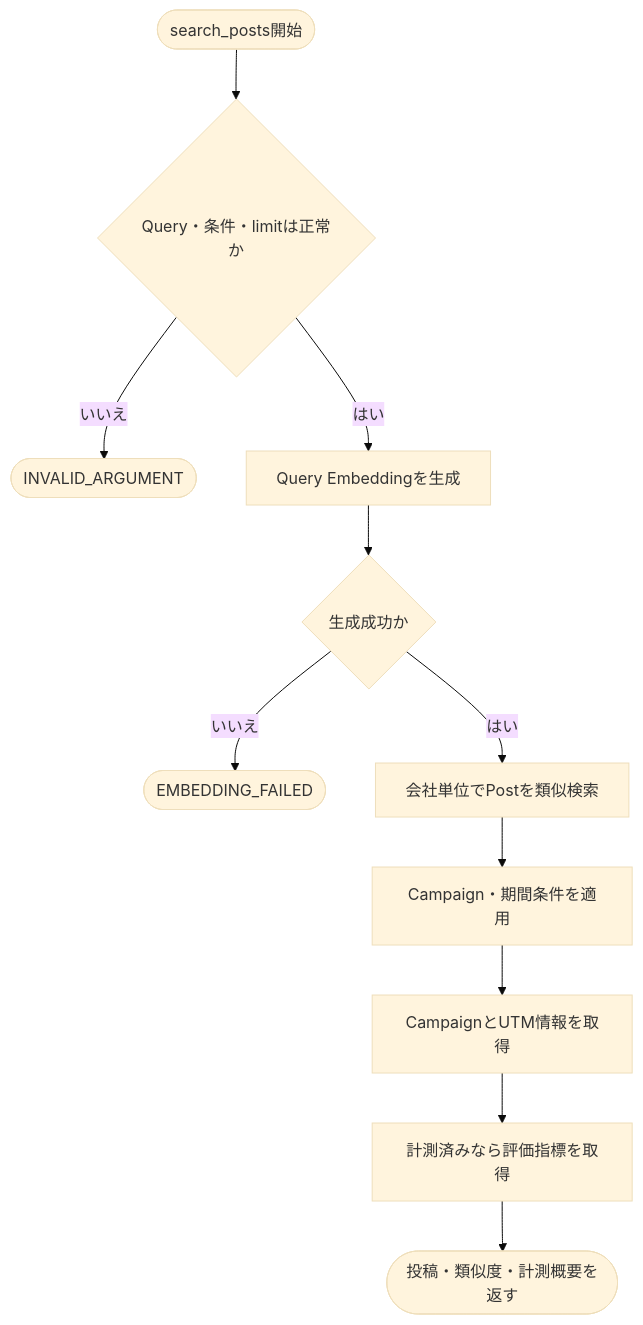
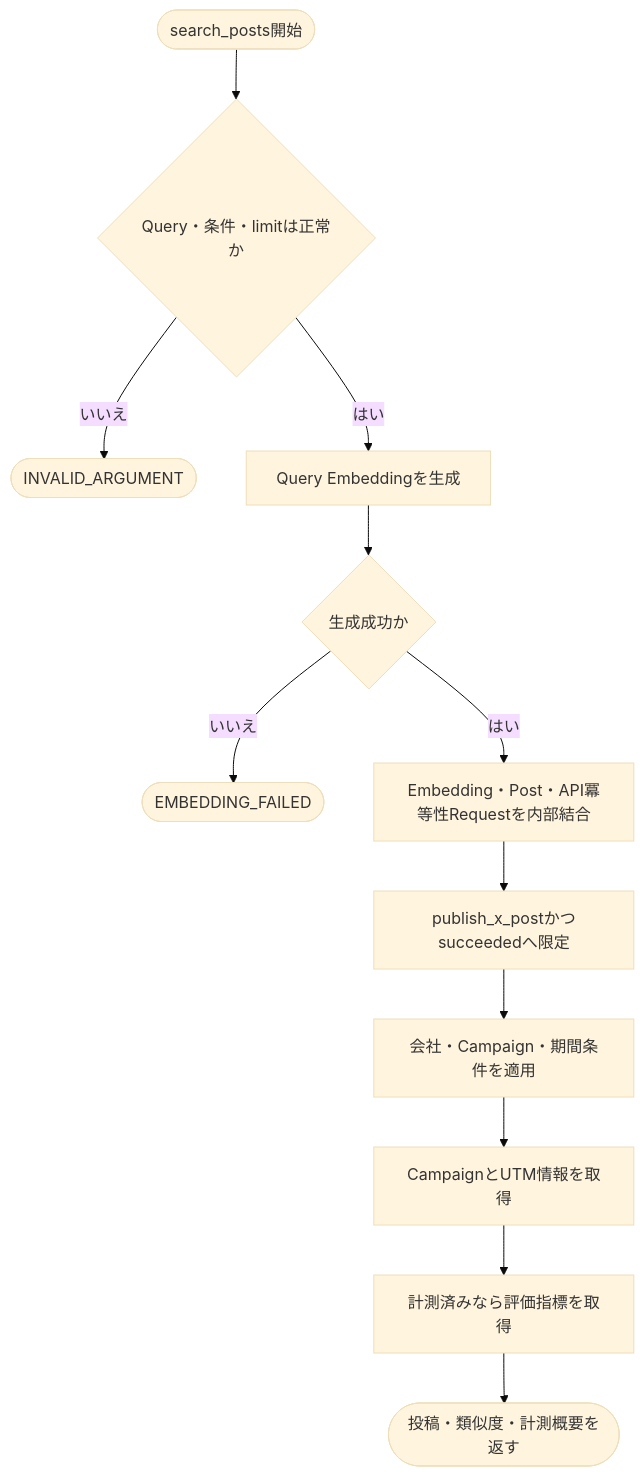
Before and after one commit to nishimura-yuma77/hiromeru: diagram 11 of 19 in docs/v.0.1/AGENT_DESIGN.md, drawn with Mermaid (base theme). The commit also changed other lines of this file and 4 other files, not shown here.

````diff
--- a/docs/v.0.1/AGENT_DESIGN.md
+++ b/docs/v.0.1/AGENT_DESIGN.md
@@ -406,13 +408,14 @@
 ```mermaid
 flowchart TD
     START([search_posts開始]) --> VALIDATE{Query・条件・limitは正常か}
     VALIDATE -- いいえ --> END_INVALID([INVALID_ARGUMENT])
     VALIDATE -- はい --> EMBED[Query Embeddingを生成]
     EMBED --> GENERATED{生成成功か}
     GENERATED -- いいえ --> END_EMBED([EMBEDDING_FAILED])
-    GENERATED -- はい --> SEARCH[会社単位でPostを類似検索]
-    SEARCH --> FILTER[Campaign・期間条件を適用]
+    GENERATED -- はい --> SEARCH[Embedding・Post・API冪等性Requestを内部結合]
+    SEARCH --> PUBLISHED[publish_x_postかつsucceededへ限定]
+    PUBLISHED --> FILTER[会社・Campaign・期間条件を適用]
     FILTER --> LINKS[CampaignとUTM情報を取得]
     LINKS --> METRICS[計測済みなら評価指標を取得]
     METRICS --> END_OK([投稿・類似度・計測概要を返す])
 ```
````
